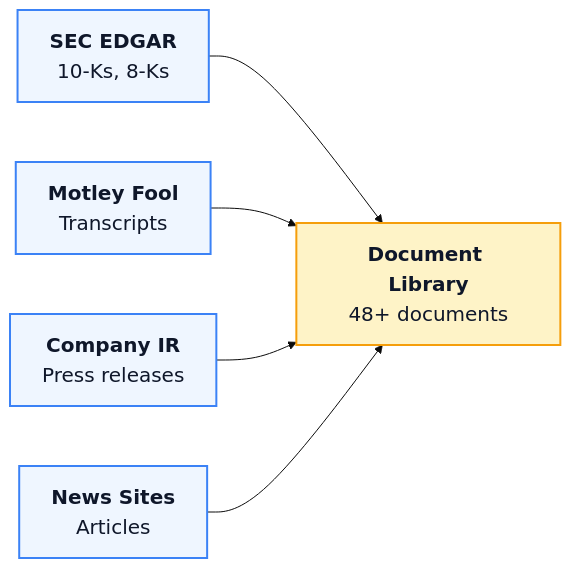
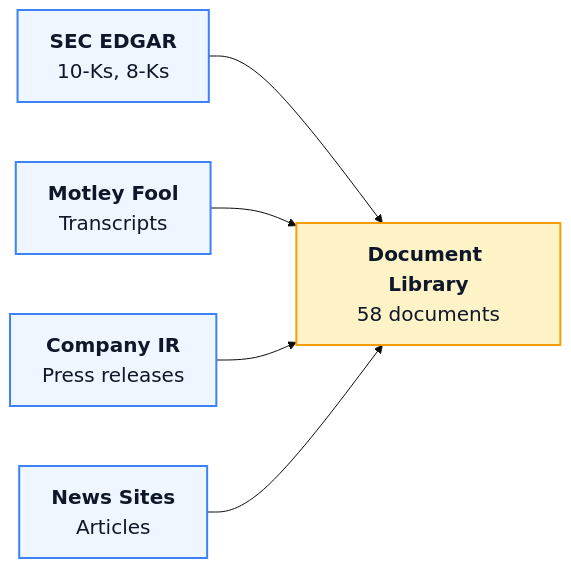
One commit to kerryback/mgmt675 changed the first of 3 diagrams in slides/m8-scraping.qmd. Above: the diagram before and after it, drawn with Mermaid. The commit also changed other lines of this file and 22 other files, not shown here.

````diff
--- a/slides/m8-scraping.qmd
+++ b/slides/m8-scraping.qmd
@@ -226,15 +229,15 @@
 ```{mermaid}
 %%| fig-width: 16
 %%{init: {'theme': 'base', 'themeVariables': {'fontSize': '22px'}, 'flowchart': {'nodeSpacing': 60, 'rankSpacing': 80, 'padding': 16, 'useMaxWidth': true}}}%%
 flowchart LR
-  EDGAR["<b>SEC EDGAR</b><br>10-Ks, 8-Ks"] --> CORPUS["<b>Document Library</b><br>48+ documents"]
+  EDGAR["<b>SEC EDGAR</b><br>10-Ks, 8-Ks"] --> CORPUS["<b>Document Library</b><br>58 documents"]
   MF["<b>Motley Fool</b><br>Transcripts"] --> CORPUS
   IR["<b>Company IR</b><br>Press releases"] --> CORPUS
   NEWS["<b>News Sites</b><br>Articles"] --> CORPUS
 
   style EDGAR fill:#eff6ff,stroke:#3b82f6,stroke-width:2px,color:#0f172a,font-size:20px,padding:14px
   style MF fill:#eff6ff,stroke:#3b82f6,stroke-width:2px,color:#0f172a,font-size:20px,padding:14px
   style IR fill:#eff6ff,stroke:#3b82f6,stroke-width:2px,color:#0f172a,font-size:20px,padding:14px
   style NEWS fill:#eff6ff,stroke:#3b82f6,stroke-width:2px,color:#0f172a,font-size:20px,padding:14px
   style CORPUS fill:#fef3c7,stroke:#f59e0b,stroke-width:2px,color:#0f172a,font-size:20px,padding:14px
 ```
````
